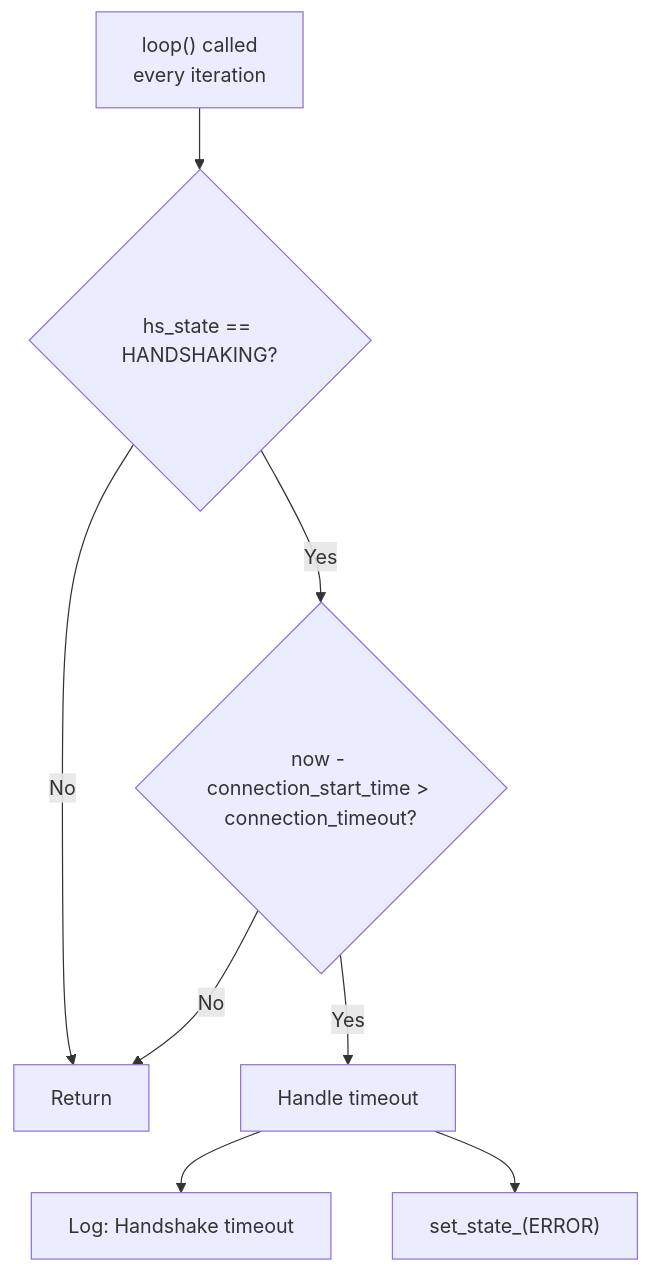
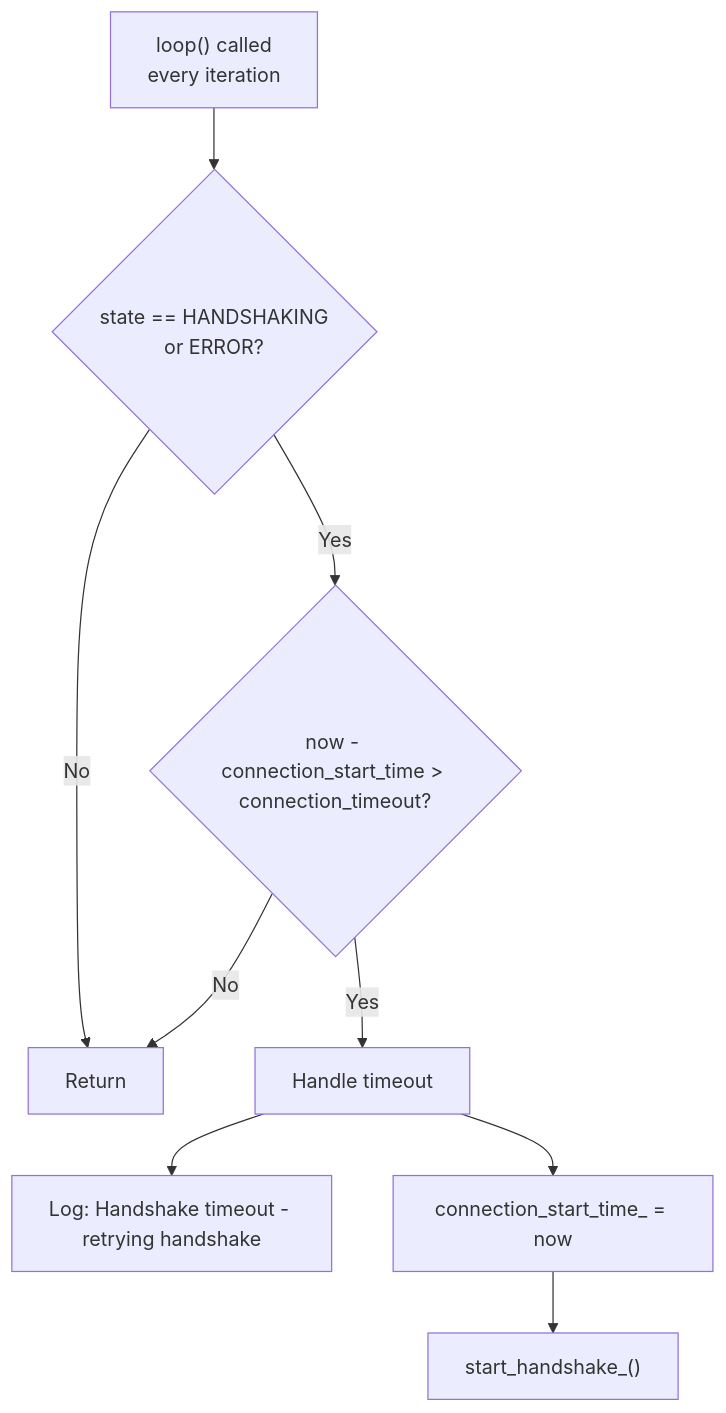
Diagram 24 of 26 in CODEFLOW.md (stratus-ss/logitech407-esphome), drawn with Mermaid before and after one commit. The commit also changed other lines of this file, not shown here.

Commit message:
CODEFLOW: document that 0xD40001 completes the handshake and that timeouts retry

````diff
--- a/CODEFLOW.md
+++ b/CODEFLOW.md
@@ -769,14 +770,14 @@
 ```mermaid
 flowchart TD
     LOOP["loop() called<br/>every iteration"]
-    LOOP --> CHECK{hs_state == HANDSHAKING?}
+    LOOP --> CHECK{state == HANDSHAKING<br/>or ERROR?}
     
     CHECK -->|No| EXIT[Return]
     CHECK -->|Yes| CHECK_TIME{"now - connection_start_time > connection_timeout?"}
     
     CHECK_TIME -->|No| EXIT
     CHECK_TIME -->|Yes| TIMEOUT[Handle timeout]
-    TIMEOUT --> LOG_W["Log: Handshake timeout"]
-    TIMEOUT --> SET_ERR["set_state_(ERROR)"]
+    TIMEOUT --> LOG_W["Log: Handshake timeout - retrying handshake"]
+    TIMEOUT --> RESET_T["connection_start_time_ = now"] --> RESTART["start_handshake_()"]
     
 ```
````
